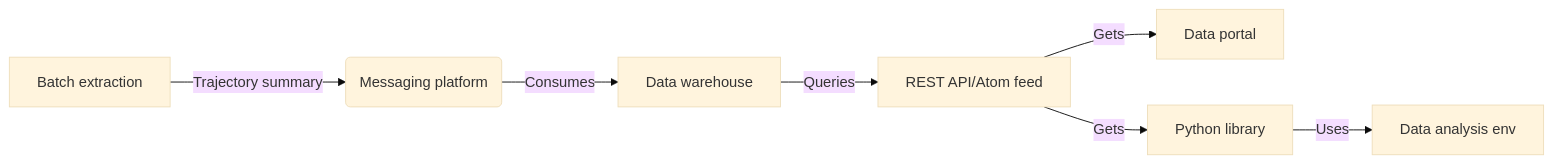
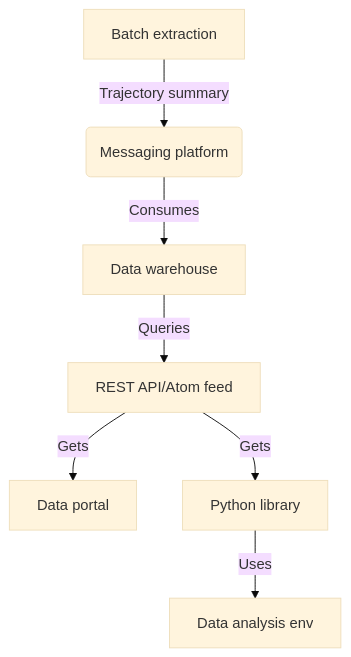
One commit to gmn-data-platform/gmn-data-platform changed the diagram in README.md. Above: the diagram before and after it, drawn with Mermaid (base theme).

Commit message:
Vertical basic data flow diagram orientation

````diff
--- a/README.md
+++ b/README.md
@@ -28,10 +28,10 @@
 ```mermaid
-flowchart LR 
+flowchart TD
  
 A[Batch extraction] -->|Trajectory summary| B(Messaging platform)
 B -->|Consumes| D[Data warehouse]
 D -->|Queries| E[REST API/Atom feed]
 E -->|Gets| F[Data portal]
 E -->|Gets| G[Python library]
 G -->|Uses| H[Data analysis env]
 ```
````
